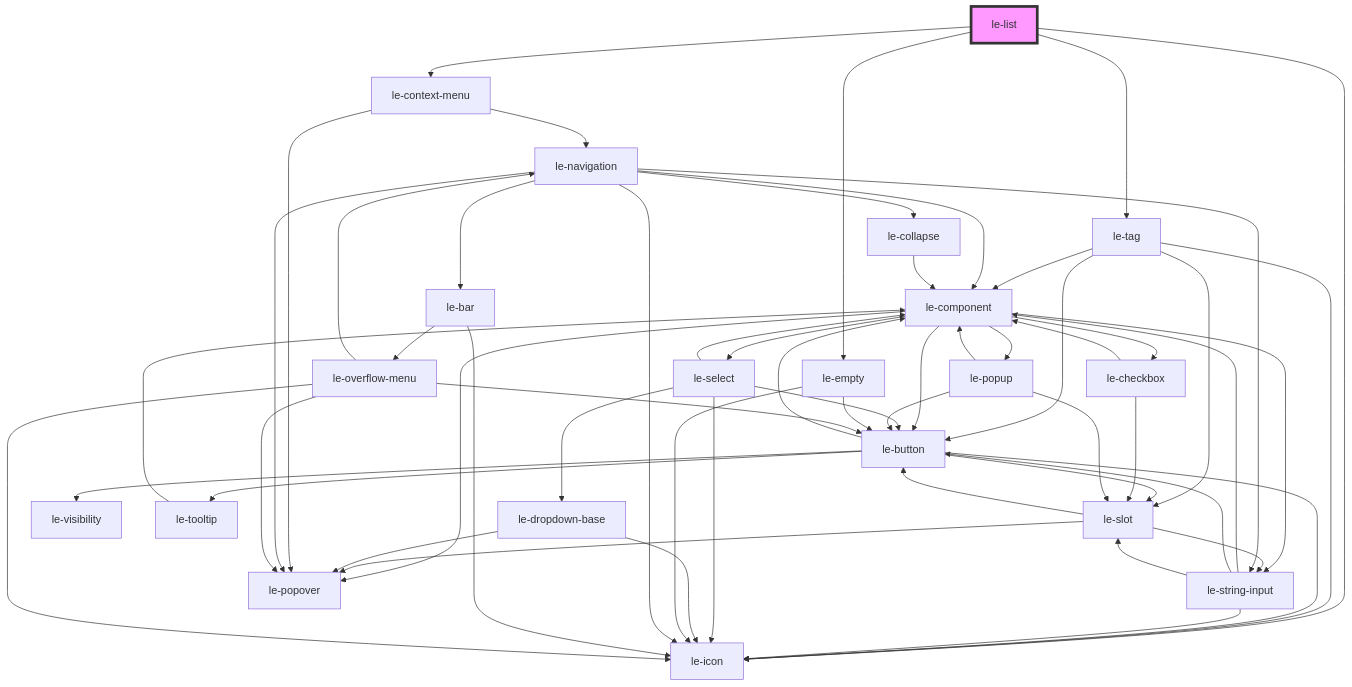
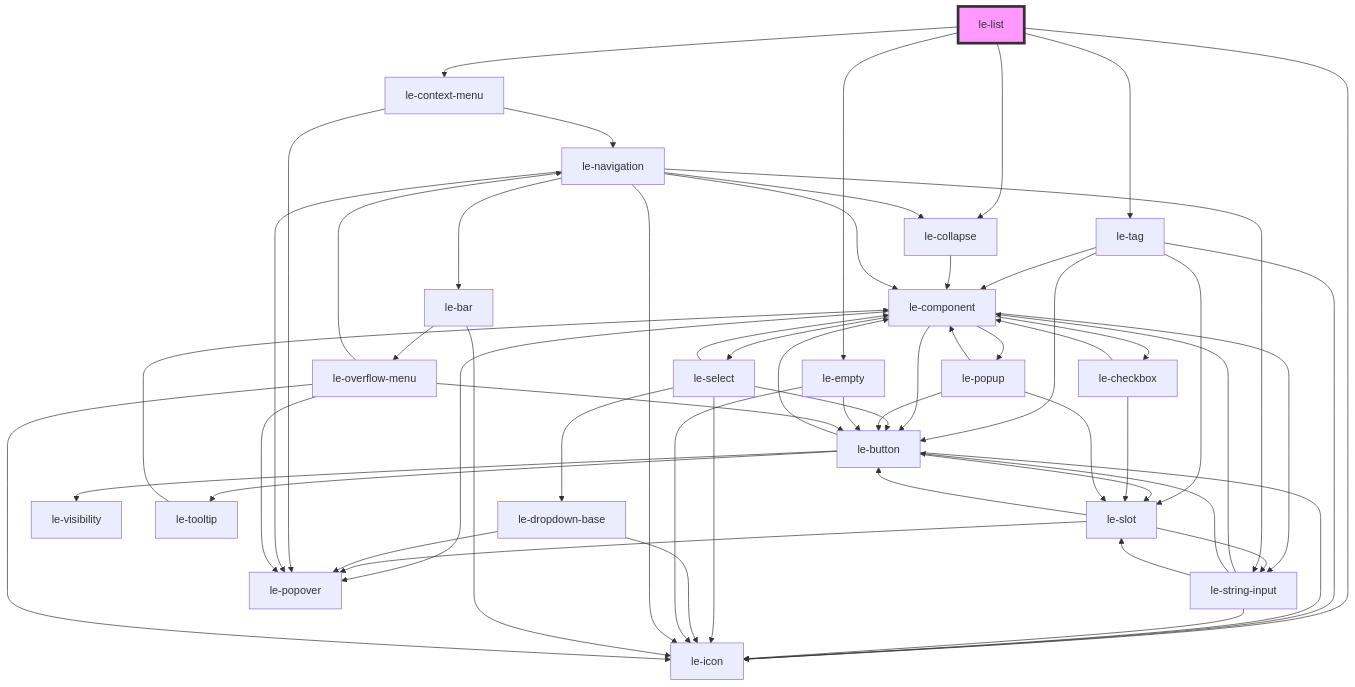
Before and after one commit to leechy/le-kit: the diagram in packages/core/src/components/le-list/readme.md, drawn with Mermaid. The commit also changed other lines of this file and 8 other files, not shown here.

````diff
--- a/packages/core/src/components/le-list/readme.md
+++ b/packages/core/src/components/le-list/readme.md
@@ -53,59 +55,60 @@
 ```mermaid
 graph TD;
   le-list --> le-icon
   le-list --> le-tag
+  le-list --> le-collapse
   le-list --> le-empty
   le-list --> le-context-menu
   le-tag --> le-component
   le-tag --> le-slot
   le-tag --> le-button
   le-tag --> le-icon
   le-component --> le-button
   le-component --> le-select
   le-component --> le-checkbox
   le-component --> le-string-input
   le-component --> le-popover
   le-component --> le-popup
   le-button --> le-icon
   le-button --> le-visibility
   le-button --> le-slot
   le-button --> le-component
   le-button --> le-tooltip
   le-slot --> le-popover
   le-slot --> le-button
   le-slot --> le-string-input
   le-string-input --> le-component
   le-string-input --> le-button
   le-string-input --> le-icon
   le-string-input --> le-slot
   le-tooltip --> le-component
   le-select --> le-icon
   le-select --> le-component
   le-select --> le-dropdown-base
   le-select --> le-button
   le-dropdown-base --> le-icon
   le-dropdown-base --> le-popover
   le-checkbox --> le-component
   le-checkbox --> le-slot
   le-popup --> le-slot
   le-popup --> le-button
   le-popup --> le-component
+  le-collapse --> le-component
   le-empty --> le-icon
   le-empty --> le-button
   le-context-menu --> le-popover
   le-context-menu --> le-navigation
   le-navigation --> le-icon
   le-navigation --> le-string-input
   le-navigation --> le-collapse
   le-navigation --> le-popover
   le-navigation --> le-bar
   le-navigation --> le-component
-  le-collapse --> le-component
   le-bar --> le-icon
   le-bar --> le-overflow-menu
   le-overflow-menu --> le-navigation
   le-overflow-menu --> le-popover
   le-overflow-menu --> le-button
   le-overflow-menu --> le-icon
   style le-list fill:#f9f,stroke:#333,stroke-width:4px
 ```
````
